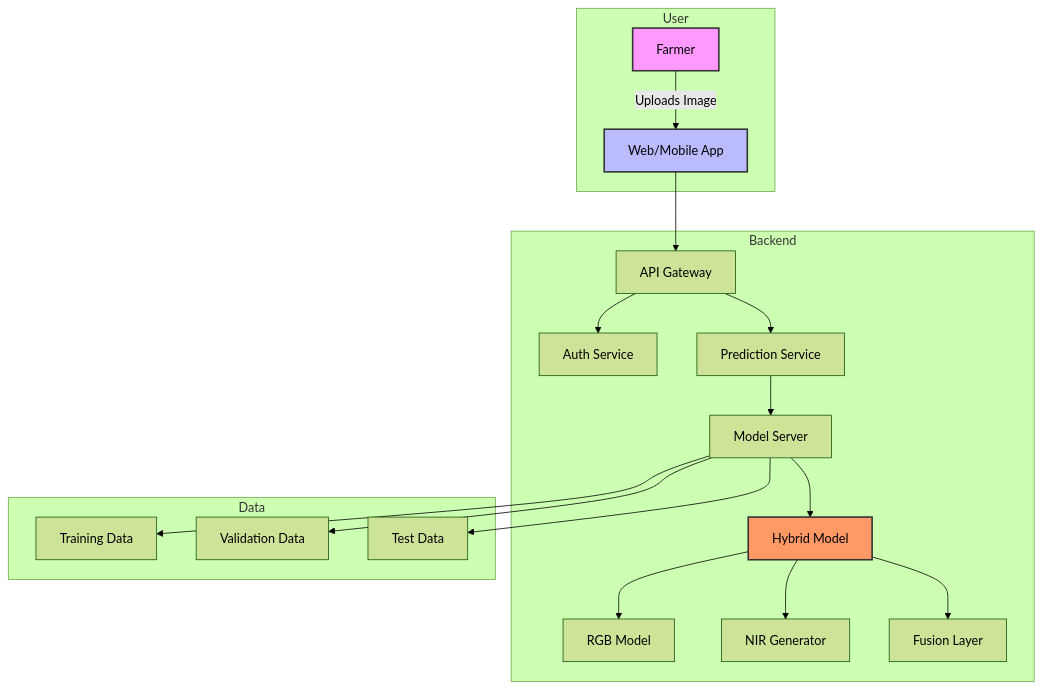
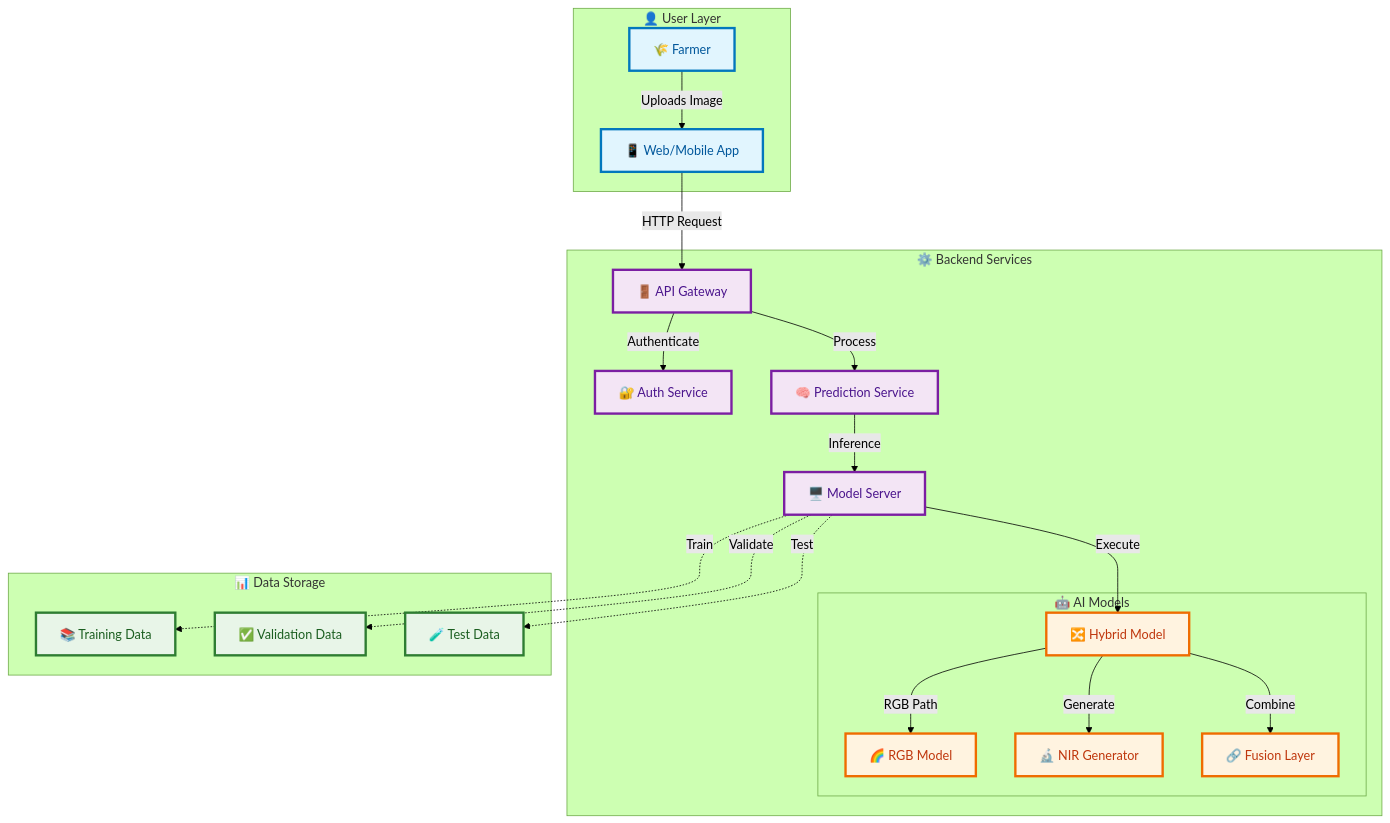
One commit to VIKAS9793/Krishisahayak-2.0 changed the first of 14 diagrams in docs/ARCHITECTURE.md. Above: the diagram before and after it, drawn with Mermaid (forest theme). The commit also changed other lines of this file and 1 other file, not shown here.

First line of the commit message:
docs: Add comprehensive ARCHITECTURE.md and MODEL_CARD.md

````diff
--- a/docs/ARCHITECTURE.md
+++ b/docs/ARCHITECTURE.md
@@ -34,31 +34,51 @@
 ```mermaid
 graph TD
-    subgraph User
-        A[Farmer] -->|Uploads Image| B[Web/Mobile App]
+    subgraph User [" 👤 User Layer "]
+        A[🌾 Farmer] 
+        B[📱 Web/Mobile App]
     end
     
-    subgraph Backend
-        B --> C[API Gateway]
-        C --> D[Auth Service]
-        C --> E[Prediction Service]
-        E --> F[Model Server]
-        F --> G[Hybrid Model]
-        G --> H[RGB Model]
-        G --> I[NIR Generator]
-        G --> J[Fusion Layer]
+    subgraph Backend [" ⚙️ Backend Services "]
+        C[🚪 API Gateway]
+        D[🔐 Auth Service]
+        E[🧠 Prediction Service]
+        F[🖥️ Model Server]
+        
+        subgraph Models [" 🤖 AI Models "]
+            G[🔀 Hybrid Model]
+            H[🌈 RGB Model]
+            I[🔬 NIR Generator]
+            J[🔗 Fusion Layer]
+        end
     end
     
-    subgraph Data
-        K[Training Data]
-        L[Validation Data]
-        M[Test Data]
+    subgraph Data [" 📊 Data Storage "]
+        K[📚 Training Data]
+        L[✅ Validation Data]
+        M[🧪 Test Data]
     end
     
-    F --> K
-    F --> L
-    F --> M
+    A -->|Uploads Image| B
+    B -->|HTTP Request| C
+    C -->|Authenticate| D
+    C -->|Process| E
+    E -->|Inference| F
+    F -->|Execute| G
+    G -->|RGB Path| H
+    G -->|Generate| I
+    G -->|Combine| J
     
-    style A fill:#f9f,stroke:#333,stroke-width:2px
-    style B fill:#bbf,stroke:#333,stroke-width:2px
-    style G fill:#f96,stroke:#333,stroke-width:2px
+    F -.->|Train| K
+    F -.->|Validate| L
+    F -.->|Test| M
+    
+    classDef userStyle fill:#e1f5fe,stroke:#0277bd,stroke-width:3px,color:#01579b
+    classDef backendStyle fill:#f3e5f5,stroke:#7b1fa2,stroke-width:3px,color:#4a148c
+    classDef modelStyle fill:#fff3e0,stroke:#ef6c00,stroke-width:3px,color:#bf360c
+    classDef dataStyle fill:#e8f5e8,stroke:#2e7d32,stroke-width:3px,color:#1b5e20
+    
+    class A,B userStyle
+    class C,D,E,F backendStyle
+    class G,H,I,J modelStyle
+    class K,L,M dataStyle
 ```
````
